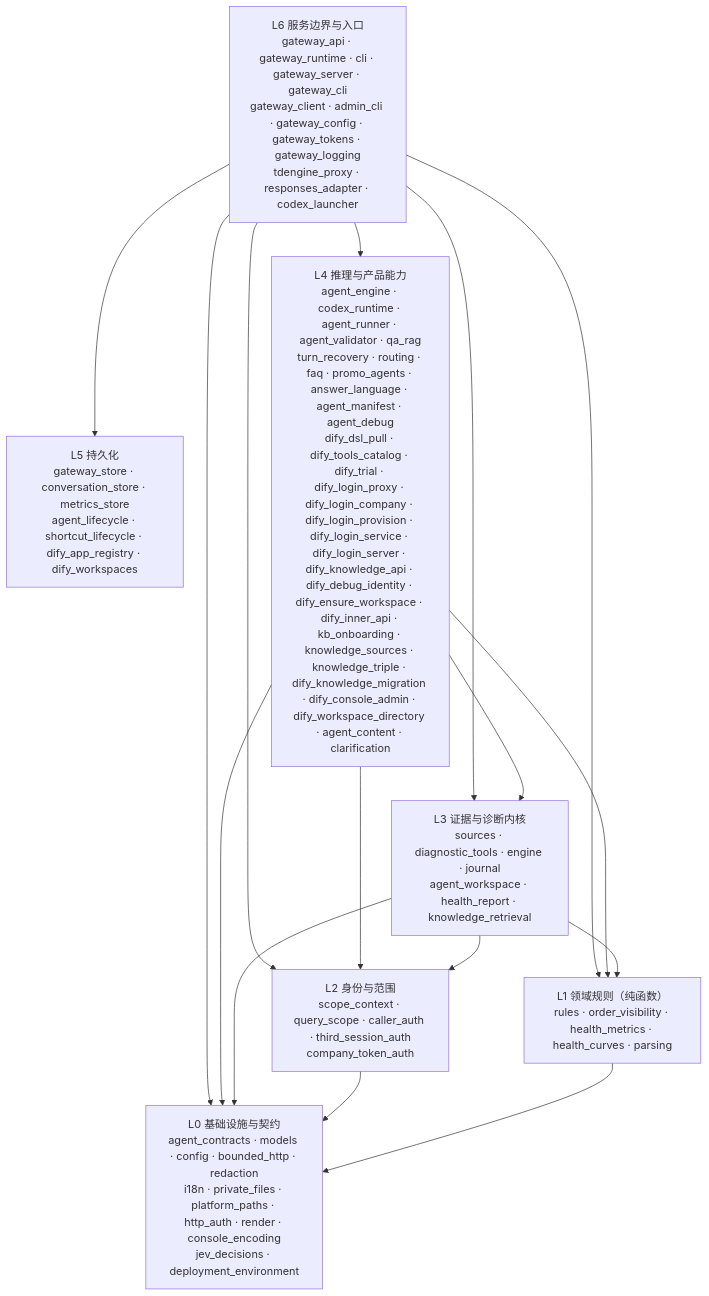
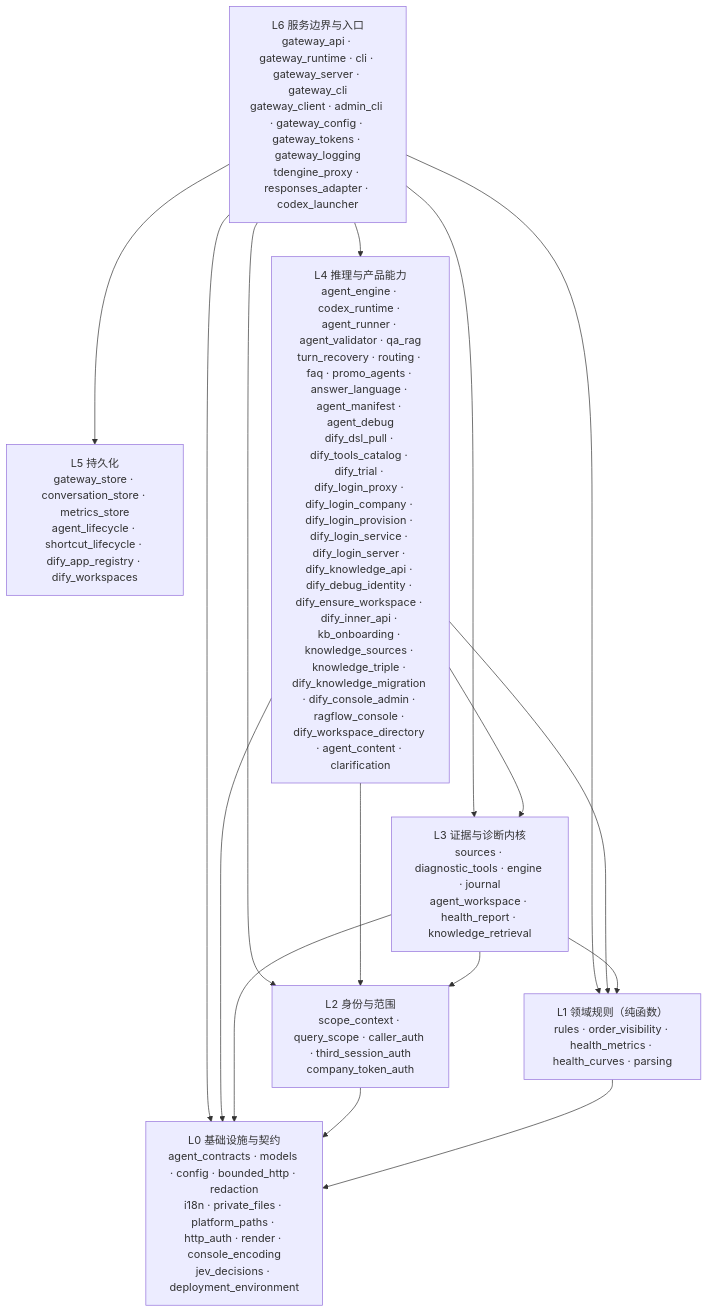
The diagram in README.md (kilbertert/AI-Ops), drawn with Mermaid before and after one commit. The commit also changed other lines of this file and 9 other files, not shown here.

First line of the commit message:
feat(knowledge): 运营用公司账号进 RAGFlow —— 代理只代表租户，不派发密码（#926）

````diff
--- a/README.md
+++ b/README.md
@@ -183,26 +183,26 @@
 ```mermaid
 flowchart TB
     L6["L6 服务边界与入口<br/>gateway_api · gateway_runtime · cli · gateway_server · gateway_cli<br/>gateway_client · admin_cli · gateway_config · gateway_tokens · gateway_logging<br/>tdengine_proxy · responses_adapter · codex_launcher"]
     L5["L5 持久化<br/>gateway_store · conversation_store · metrics_store<br/>agent_lifecycle · shortcut_lifecycle · dify_app_registry · dify_workspaces"]
-    L4["L4 推理与产品能力<br/>agent_engine · codex_runtime · agent_runner · agent_validator · qa_rag<br/>turn_recovery · routing · faq · promo_agents · answer_language · agent_manifest · agent_debug<br/>dify_dsl_pull · dify_tools_catalog · dify_trial · dify_login_proxy · dify_login_company · dify_login_provision · dify_login_service · dify_login_server · dify_knowledge_api · dify_debug_identity · dify_ensure_workspace · dify_inner_api · kb_onboarding · knowledge_sources · knowledge_triple · dify_knowledge_migration · dify_console_admin · dify_workspace_directory · agent_content · clarification"]
+    L4["L4 推理与产品能力<br/>agent_engine · codex_runtime · agent_runner · agent_validator · qa_rag<br/>turn_recovery · routing · faq · promo_agents · answer_language · agent_manifest · agent_debug<br/>dify_dsl_pull · dify_tools_catalog · dify_trial · dify_login_proxy · dify_login_company · dify_login_provision · dify_login_service · dify_login_server · dify_knowledge_api · dify_debug_identity · dify_ensure_workspace · dify_inner_api · kb_onboarding · knowledge_sources · knowledge_triple · dify_knowledge_migration · dify_console_admin · ragflow_console · dify_workspace_directory · agent_content · clarification"]
     L3["L3 证据与诊断内核<br/>sources · diagnostic_tools · engine · journal<br/>agent_workspace · health_report · knowledge_retrieval"]
     L2["L2 身份与范围<br/>scope_context · query_scope · caller_auth · third_session_auth<br/>company_token_auth"]
     L1["L1 领域规则（纯函数）<br/>rules · order_visibility · health_metrics · health_curves · parsing"]
     L0["L0 基础设施与契约<br/>agent_contracts · models · config · bounded_http · redaction<br/>i18n · private_files · platform_paths · http_auth · render · console_encoding<br/>jev_decisions · deployment_environment"]
 
     L6 --> L5
     L6 --> L4
     L6 --> L3
     L6 --> L2
     L6 --> L1
     L6 --> L0
     L4 --> L3
     L4 --> L2
     L4 --> L1
     L4 --> L0
     L3 --> L2
     L3 --> L1
     L3 --> L0
     L2 --> L0
     L1 --> L0
 ```
````
